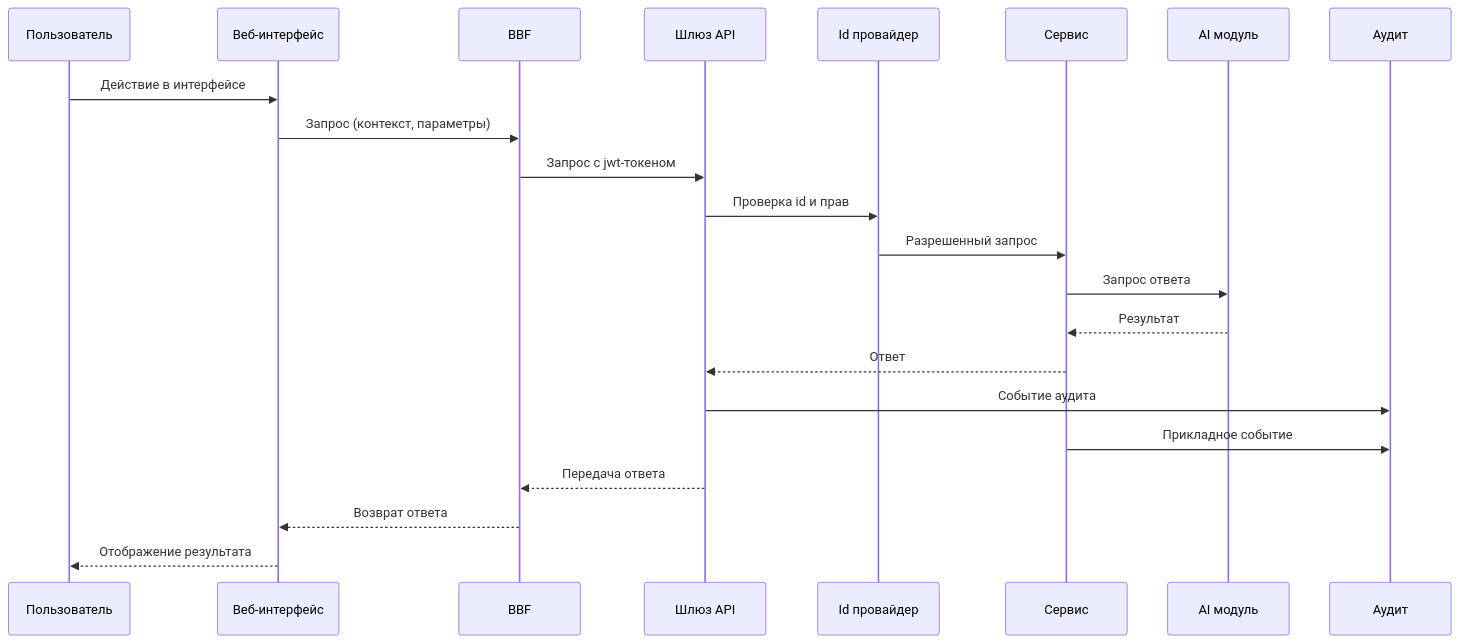
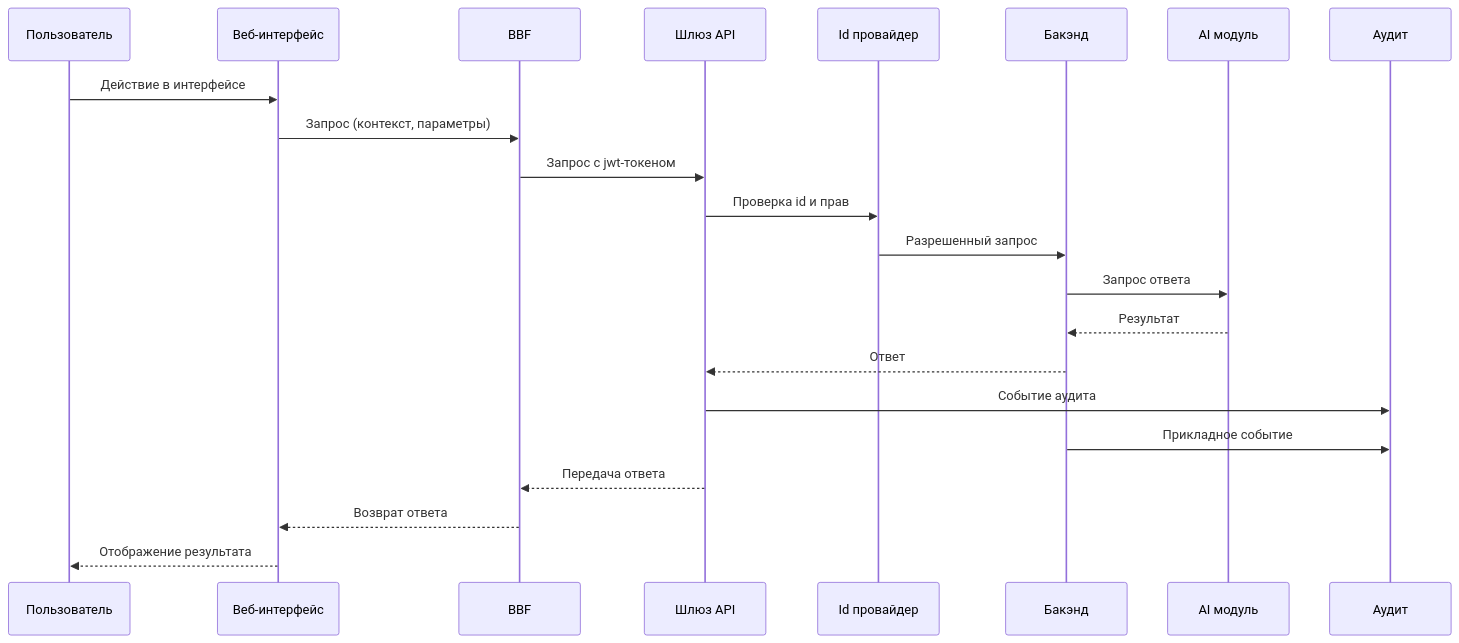
The second of 5 diagrams in TZ/3.Описание архитектуры и технических средств.md (Trump68/infra), drawn with Mermaid before and after one commit. The commit also changed 1 other file, not shown here.

Commit message:
docs: refine Фармадок architecture documentation with updated terminology and participant names
- Revised terminology in the documentation to enhance clarity, specifically changing "IdP" to "Id провайдер" for consistency.
- Updated participant names in sequence diagrams to accurately reflect the current architecture, improving understanding of interactions within the system.
- These changes contribute to a clearer and more precise representation of the Фармадок system architecture.

````diff
--- a/TZ/3.Описание архитектуры и технических средств.md
+++ b/TZ/3.Описание архитектуры и технических средств.md
@@ -144,25 +144,25 @@
 ```mermaid
 sequenceDiagram
   participant UserReq as Пользователь
   participant UiReq as Веб-интерфейс 
   participant BffReq as BBF
   participant GatewayReq as Шлюз API
   participant AuthCheck as Id провайдер
-  participant AppReq as Сервис 
+  participant AppReq as Бакэнд 
   participant RagReq as AI модуль
   participant AuditReq as Аудит
 
   UserReq->>UiReq: Действие в интерфейсе
   UiReq->>BffReq: Запрос (контекст, параметры)
   BffReq->>GatewayReq: Запрос с jwt-токеном
   GatewayReq->>AuthCheck: Проверка id и прав
   AuthCheck->>AppReq: Разрешенный запрос
   AppReq->>RagReq: Запрос ответа
   RagReq-->>AppReq: Результат 
   AppReq-->>GatewayReq: Ответ 
   GatewayReq->>AuditReq: Cобытие аудита
   AppReq->>AuditReq: Прикладное событие
   GatewayReq-->>BffReq: Передача ответа
   BffReq-->>UiReq: Возврат ответа
   UiReq-->>UserReq: Отображение результата
 ```
````
